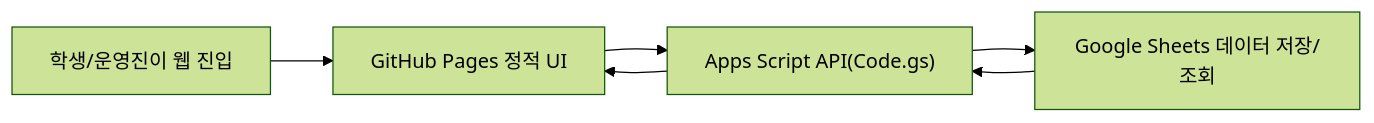
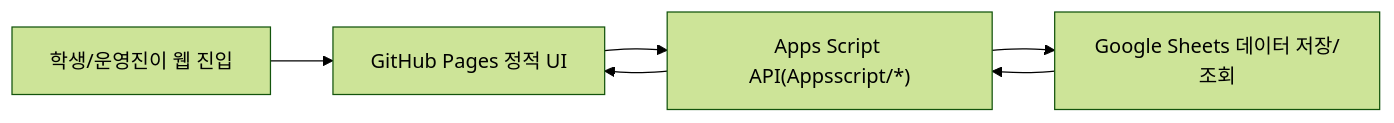
The first of 2 diagrams in README.md (cloud-club/CloudClubAttendanceSystem), drawn with Mermaid (forest theme) before and after one commit. The commit also changed other lines of this file and 38 other files, not shown here.

````diff
--- a/README.md
+++ b/README.md
@@ -6,8 +6,8 @@
 ```mermaid
 flowchart LR
   A["학생/운영진이 웹 진입"] --> B["GitHub Pages 정적 UI"]
-  B --> C["Apps Script API(Code.gs)"]
+  B --> C["Apps Script API(Appsscript/*)"]
   C --> D["Google Sheets 데이터 저장/조회"]
   D --> C
   C --> B
 ```
````
